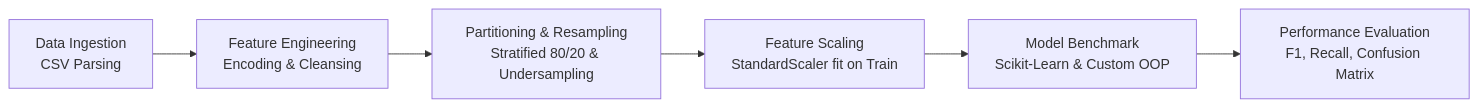
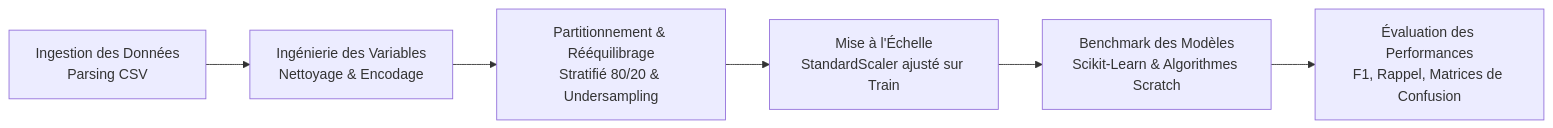
The diagram in README.md (liliakeren08/tech-burnout), drawn with Mermaid before and after one commit. The commit also changed other lines of this file and 4 other files, not shown here.

````diff
--- a/README.md
+++ b/README.md
@@ -33,8 +33,8 @@
 ```mermaid
 flowchart LR
-    A[Data Ingestion<br/>CSV Parsing] --> B[Feature Engineering<br/>Encoding & Cleansing]
-    B --> C[Partitioning & Resampling<br/>Stratified 80/20 & Undersampling]
-    C --> D[Feature Scaling<br/>StandardScaler fit on Train]
-    D --> E[Model Benchmark<br/>Scikit-Learn & Custom OOP]
-    E --> F[Performance Evaluation<br/>F1, Recall, Confusion Matrix]
+    A[Ingestion des Données<br/>Parsing CSV] --> B[Ingénierie des Variables<br/>Nettoyage & Encodage]
+    B --> C[Partitionnement & Rééquilibrage<br/>Stratifié 80/20 & Undersampling]
+    C --> D[Mise à l'Échelle<br/>StandardScaler ajusté sur Train]
+    D --> E[Benchmark des Modèles<br/>Scikit-Learn & Algorithmes Scratch]
+    E --> F[Évaluation des Performances<br/>F1, Rappel, Matrices de Confusion]
 ```
````
